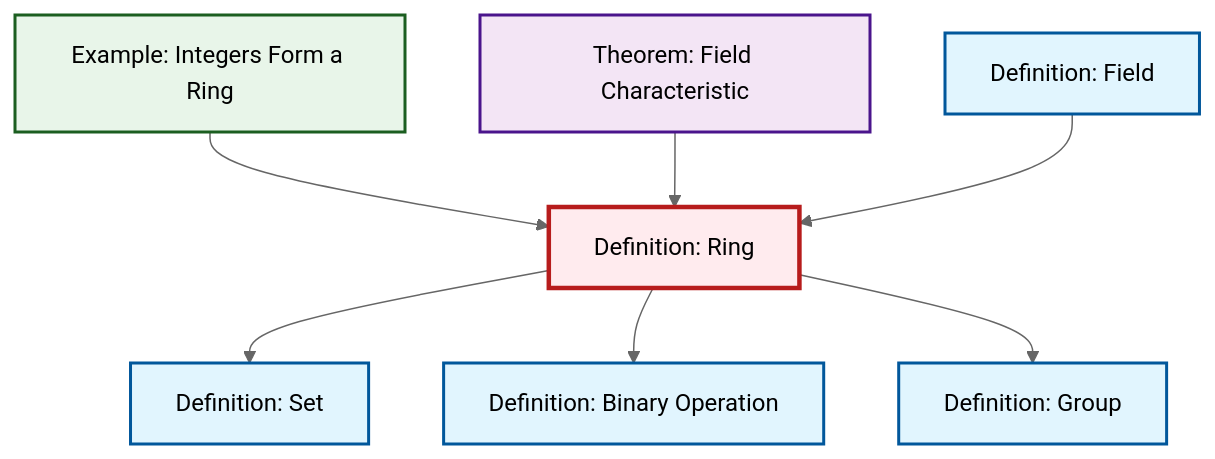
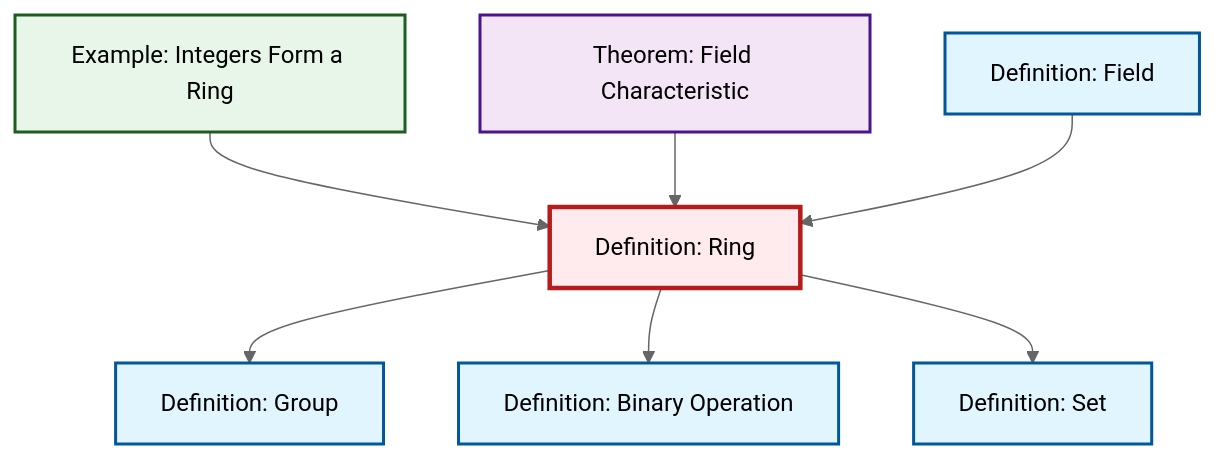
One commit to RK0429/ModernMath changed the diagram in content/en/algebra/def-ring.qmd. Above: the diagram before and after it, drawn with Mermaid (neutral theme). The commit also changed 511 other files, not shown here.

````diff
--- a/content/en/algebra/def-ring.qmd
+++ b/content/en/algebra/def-ring.qmd
@@ -52,30 +52,23 @@
 ```{mermaid}
 %%| fig-cap: "Local dependency graph"
 graph TD
     classDef definition fill:#e1f5fe,stroke:#01579b,stroke-width:2px
     classDef theorem fill:#f3e5f5,stroke:#4a148c,stroke-width:2px
     classDef axiom fill:#fff3e0,stroke:#e65100,stroke-width:2px
     classDef example fill:#e8f5e9,stroke:#1b5e20,stroke-width:2px
     classDef current fill:#ffebee,stroke:#b71c1c,stroke-width:3px
+    def-field["Definition: Field"]:::definition
+    thm-field-characteristic["Theorem: Field Characteristic"]:::theorem
+    def-binary-operation["Definition: Binary Operation"]:::definition
+    def-ring["Definition: Ring"]:::definition
+    ex-integers-ring["Example: Integers Form a Ring"]:::example
     def-group["Definition: Group"]:::definition
-    def-binary-operation["Definition: Binary Operation"]:::definition
-    thm-field-characteristic["Theorem: Field Characteristic"]:::theorem
-    def-ring["Definition: Ring"]:::definition
     def-set["Definition: Set"]:::definition
-    def-field["Definition: Field"]:::definition
-    ex-integers-ring["Example: Integers Form a Ring"]:::example
+    def-ring --> def-group
+    def-ring --> def-binary-operation
     def-ring --> def-set
-    def-ring --> def-binary-operation
-    def-ring --> def-group
     ex-integers-ring --> def-ring
     thm-field-characteristic --> def-ring
     def-field --> def-ring
     class def-ring current
-
-    click def-group "def-group.html" "Go to Group definition"
-    click def-binary-operation "def-binary-operation.html" "Go to Binary Operation definition"
-    click thm-field-characteristic "thm-field-characteristic.html" "Go to Field Characteristic theorem"
-    click def-set "def-set.html" "Go to Set definition"
-    click def-field "def-field.html" "Go to Field definition"
-    click ex-integers-ring "ex-integers-ring.html" "Go to Integers Form a Ring example"
 ```
````
